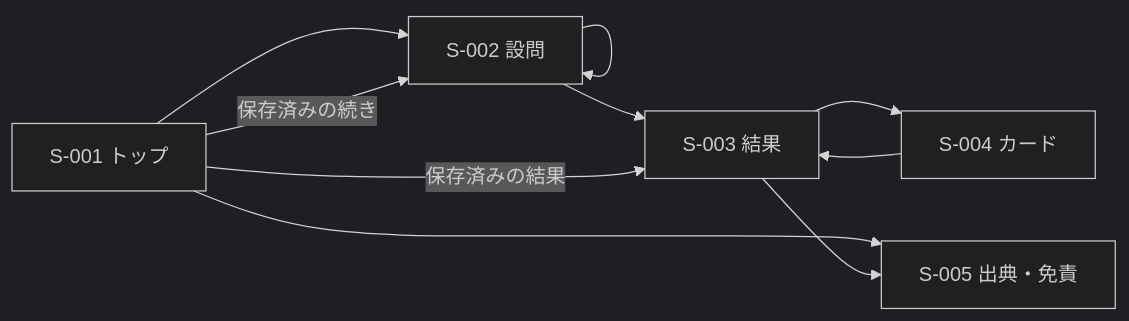
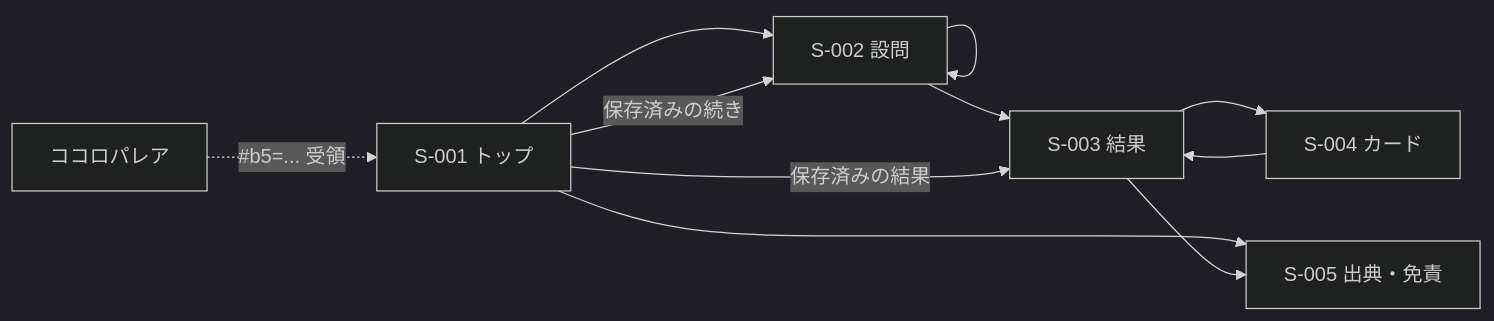
The diagram in docs/screens.md (gerupon-lgtm/sigotosocket), drawn with Mermaid (dark theme) before and after one commit. The commit also changed other lines of this file and 18 other files, not shown here.

Commit message:
feat: improve optional Kokoro Parea linkage flow

````diff
--- a/docs/screens.md
+++ b/docs/screens.md
@@ -60,12 +62,13 @@
 ```mermaid
 flowchart LR
   Top["S-001 トップ"] --> Q["S-002 設問"]
   Q --> Q
   Q --> Result["S-003 結果"]
   Result --> Card["S-004 カード"]
   Card --> Result
   Top --> About["S-005 出典・免責"]
   Result --> About
   Top -->|保存済みの続き| Q
   Top -->|保存済みの結果| Result
+  KP["ココロパレア"] -.->|"#b5=... 受領"| Top
 ```
````
